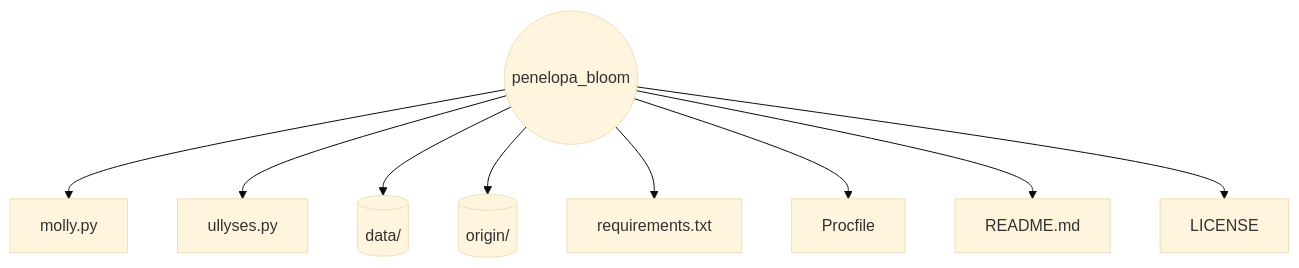
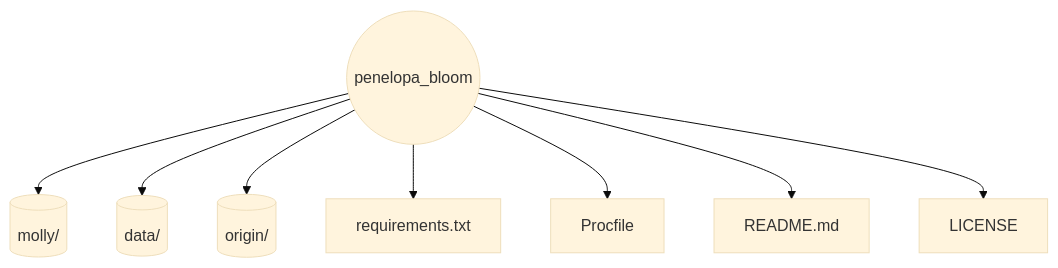
The diagram in README.md (ariannamethod/penelopa_bloom), drawn with Mermaid (base theme) before and after one commit. The commit also changed 7 other files, not shown here.

````diff
--- a/README.md
+++ b/README.md
@@ -13,12 +13,11 @@
 ```mermaid
 graph TD
     root((penelopa_bloom))
-    root --> molly.py
-    root --> ullyses.py
+    root --> molly[(molly/)]
     root --> data[(data/)]
     root --> origin[(origin/)]
     root --> requirements.txt
     root --> Procfile
     root --> README.md
     root --> LICENSE
 ```
````
